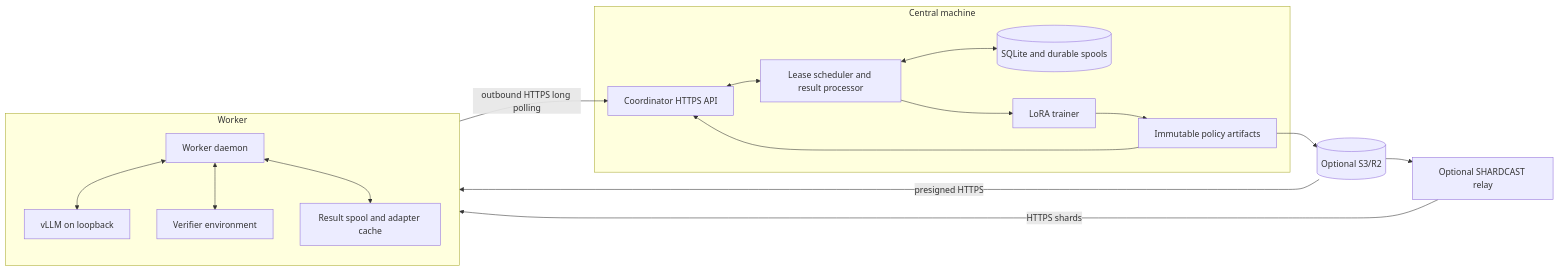
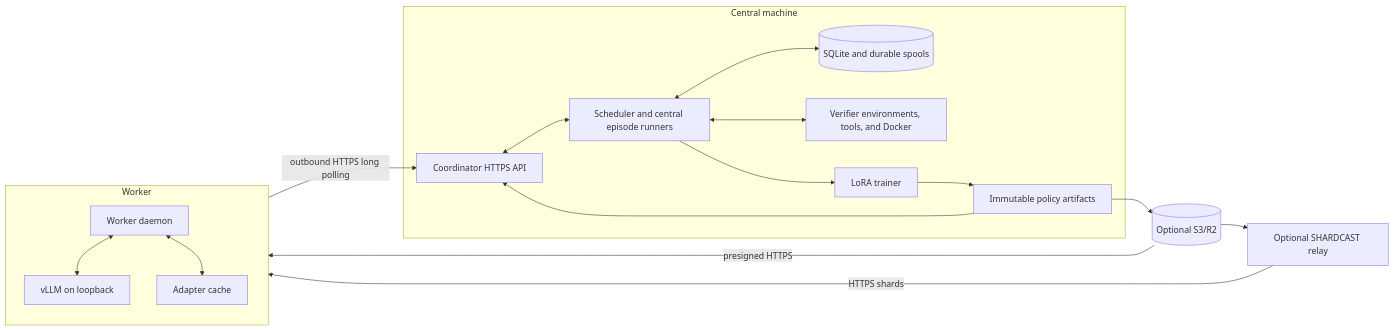
One commit to aethercompute/aether-rl changed the diagram in docs/overview.md. Above: the diagram before and after it, drawn with Mermaid. The commit also changed other lines of this file and 51 other files, not shown here.

````diff
--- a/docs/overview.md
+++ b/docs/overview.md
@@ -5,31 +5,31 @@
 ```mermaid
 flowchart LR
     subgraph Central[Central machine]
         API[Coordinator HTTPS API]
         DB[(SQLite and durable spools)]
-        Scheduler[Lease scheduler and result processor]
+        Scheduler[Scheduler and central episode runners]
+        Envs[Verifier environments, tools, and Docker]
         Trainer[LoRA trainer]
         Policies[Immutable policy artifacts]
         API <--> Scheduler
+        Scheduler <--> Envs
         Scheduler <--> DB
         Scheduler --> Trainer
         Trainer --> Policies
         Policies --> API
     end
     ObjectStore[(Optional S3/R2)]
     Relay[Optional SHARDCAST relay]
     subgraph WorkerA[Worker]
         DaemonA[Worker daemon]
         VLLMA[vLLM on loopback]
-        EnvA[Verifier environment]
-        SpoolA[Result spool and adapter cache]
+        CacheA[Adapter cache]
         DaemonA <--> VLLMA
-        DaemonA <--> EnvA
-        DaemonA <--> SpoolA
+        DaemonA <--> CacheA
     end
     WorkerA -->|outbound HTTPS long polling| API
     Policies --> ObjectStore
     ObjectStore --> Relay
     ObjectStore -->|presigned HTTPS| WorkerA
     Relay -->|HTTPS shards| WorkerA
 ```
````
